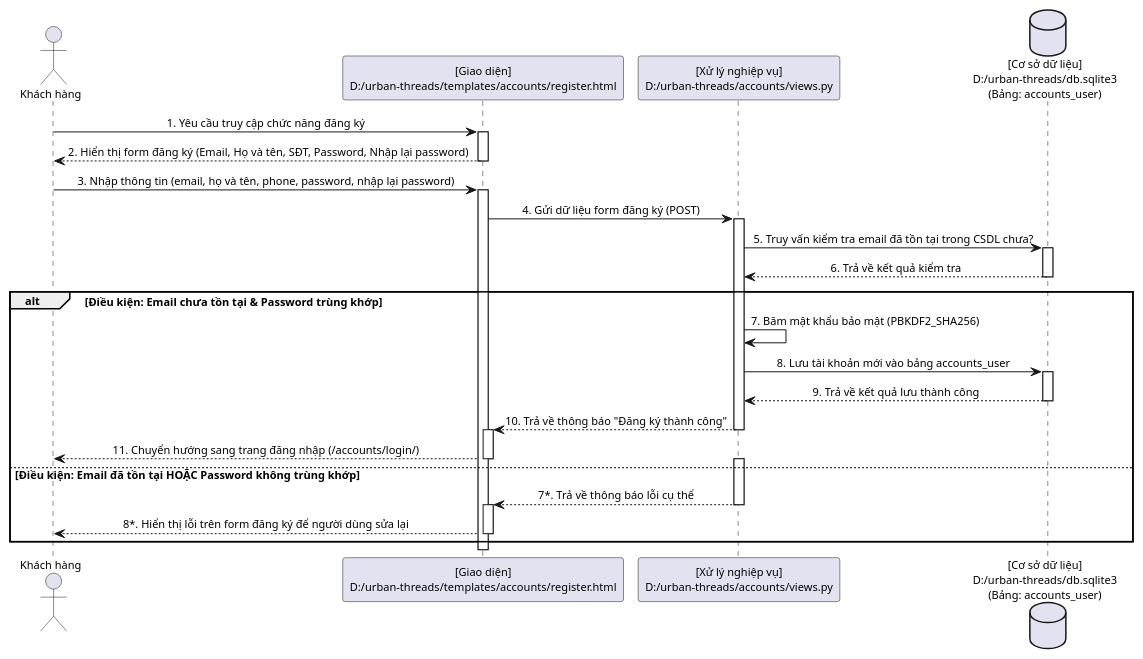
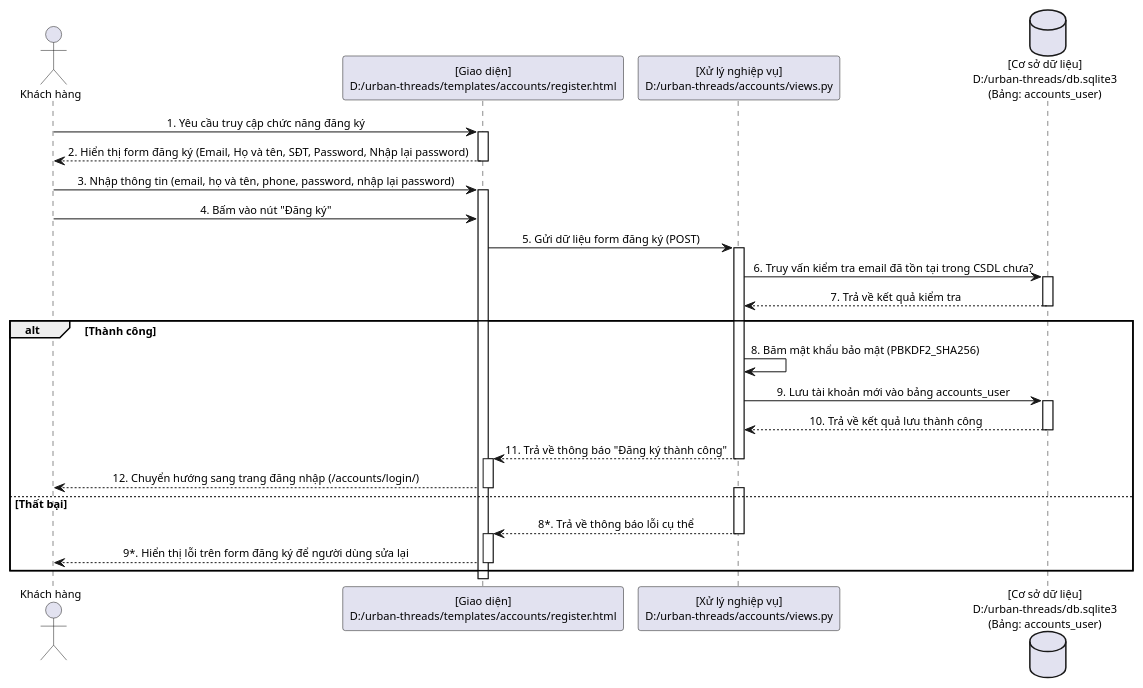
Before and after one commit to HNKILLNET404/lehainam_24ct1_cnpm: the diagram in use_cases/sequence_dang_ky.puml, drawn with PlantUML.

Commit message:
update: Sua bieu do dang ky - Them buoc bam nut Dang ky va rut gon nhan alt

```diff
--- a/use_cases/sequence_dang_ky.puml
+++ b/use_cases/sequence_dang_ky.puml
@@ -1,50 +1,51 @@
 @startuml
 skinparam sequenceMessageAlign center
 skinparam shadowing false
 skinparam defaultFontName Arial
 skinparam defaultFontSize 11
 
 actor "Khách hàng" as User
 participant "[Giao diện]\nD:/urban-threads/templates/accounts/register.html" as UI
 participant "[Xử lý nghiệp vụ]\nD:/urban-threads/accounts/views.py" as BE
 database "[Cơ sở dữ liệu]\nD:/urban-threads/db.sqlite3\n(Bảng: accounts_user)" as DB
 
 box "Tên chức năng: Đăng ký tài khoản" #LightYellow
 end box
 
 User -> UI : 1. Yêu cầu truy cập chức năng đăng ký
 activate UI
 UI --> User : 2. Hiển thị form đăng ký (Email, Họ và tên, SĐT, Password, Nhập lại password)
 deactivate UI
 
 User -> UI : 3. Nhập thông tin (email, họ và tên, phone, password, nhập lại password)
 activate UI
-UI -> BE : 4. Gửi dữ liệu form đăng ký (POST)
+User -> UI : 4. Bấm vào nút "Đăng ký"
+UI -> BE : 5. Gửi dữ liệu form đăng ký (POST)
 activate BE
 
-BE -> DB : 5. Truy vấn kiểm tra email đã tồn tại trong CSDL chưa?
+BE -> DB : 6. Truy vấn kiểm tra email đã tồn tại trong CSDL chưa?
 activate DB
-DB --> BE : 6. Trả về kết quả kiểm tra
+DB --> BE : 7. Trả về kết quả kiểm tra
 deactivate DB
 
-alt Điều kiện: Email chưa tồn tại & Password trùng khớp
-    BE -> BE : 7. Băm mật khẩu bảo mật (PBKDF2_SHA256)
-    BE -> DB : 8. Lưu tài khoản mới vào bảng accounts_user
+alt Thành công
+    BE -> BE : 8. Băm mật khẩu bảo mật (PBKDF2_SHA256)
+    BE -> DB : 9. Lưu tài khoản mới vào bảng accounts_user
     activate DB
-    DB --> BE : 9. Trả về kết quả lưu thành công
+    DB --> BE : 10. Trả về kết quả lưu thành công
     deactivate DB
-    BE --> UI : 10. Trả về thông báo "Đăng ký thành công"
+    BE --> UI : 11. Trả về thông báo "Đăng ký thành công"
     deactivate BE
     activate UI
-    UI --> User : 11. Chuyển hướng sang trang đăng nhập (/accounts/login/)
+    UI --> User : 12. Chuyển hướng sang trang đăng nhập (/accounts/login/)
     deactivate UI
-else Điều kiện: Email đã tồn tại HOẶC Password không trùng khớp
+else Thất bại
     activate BE
-    BE --> UI : 7*. Trả về thông báo lỗi cụ thể
+    BE --> UI : 8*. Trả về thông báo lỗi cụ thể
     deactivate BE
     activate UI
-    UI --> User : 8*. Hiển thị lỗi trên form đăng ký để người dùng sửa lại
+    UI --> User : 9*. Hiển thị lỗi trên form đăng ký để người dùng sửa lại
     deactivate UI
 end
 
 @enduml
```
